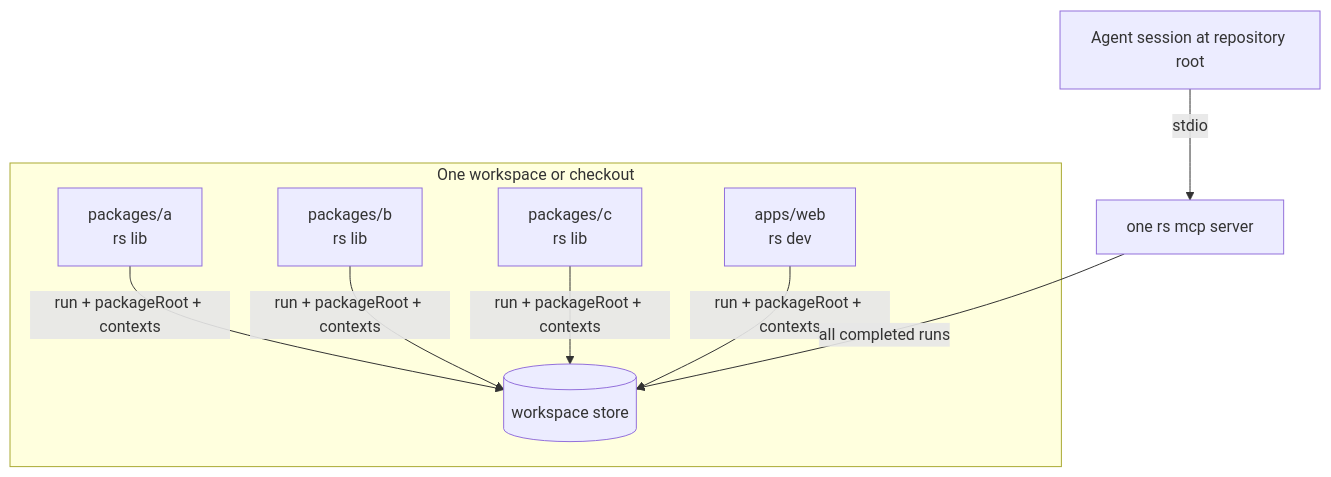
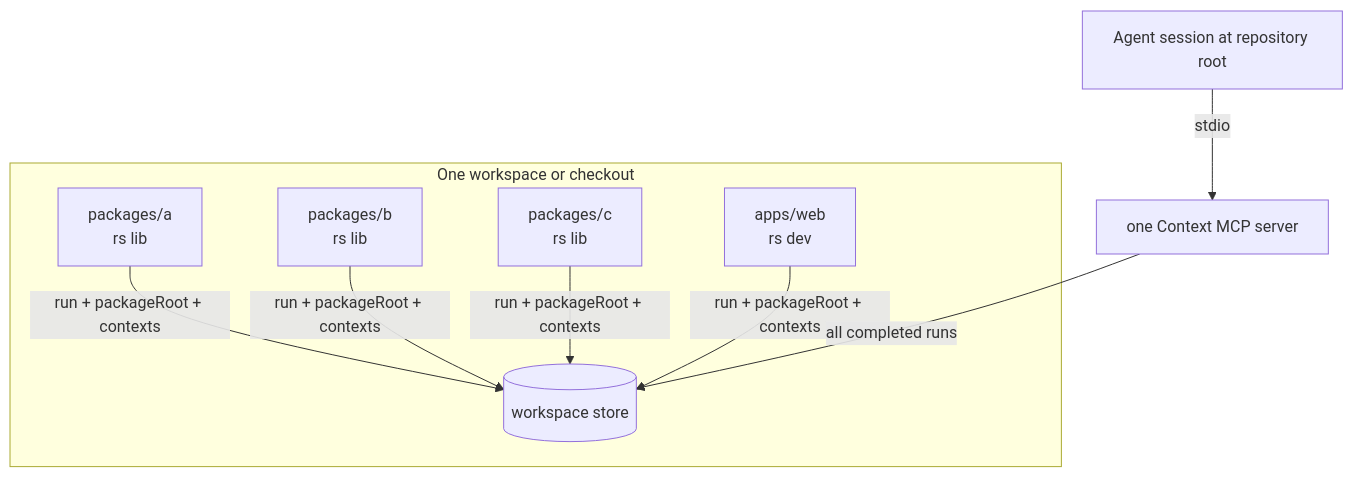
One commit to rstackjs/context changed the second of 8 diagrams in docs/rfc.md. Above: the diagram before and after it, drawn with Mermaid. The commit also changed other lines of this file and 27 other files, not shown here.

````diff
--- a/docs/rfc.md
+++ b/docs/rfc.md
@@ -147,18 +146,18 @@
 ```mermaid
 flowchart TB
   subgraph Workspace["One workspace or checkout"]
     LibA["packages/a<br/>rs lib"]
     LibB["packages/b<br/>rs lib"]
     LibC["packages/c<br/>rs lib"]
     App["apps/web<br/>rs dev"]
     Store[("workspace store")]
 
     LibA -->|"run + packageRoot + contexts"| Store
     LibB -->|"run + packageRoot + contexts"| Store
     LibC -->|"run + packageRoot + contexts"| Store
     App -->|"run + packageRoot + contexts"| Store
   end
 
-  Agent["Agent session at repository root"] -->|stdio| MCP["one rs mcp server"]
+  Agent["Agent session at repository root"] -->|stdio| MCP["one Context MCP server"]
   MCP -->|"all completed runs"| Store
 ```
````
